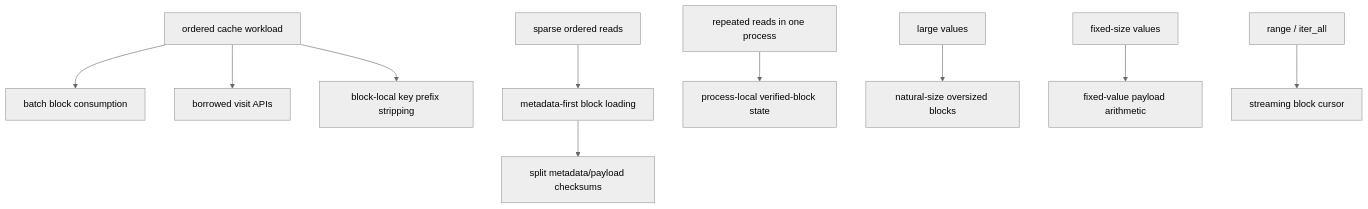
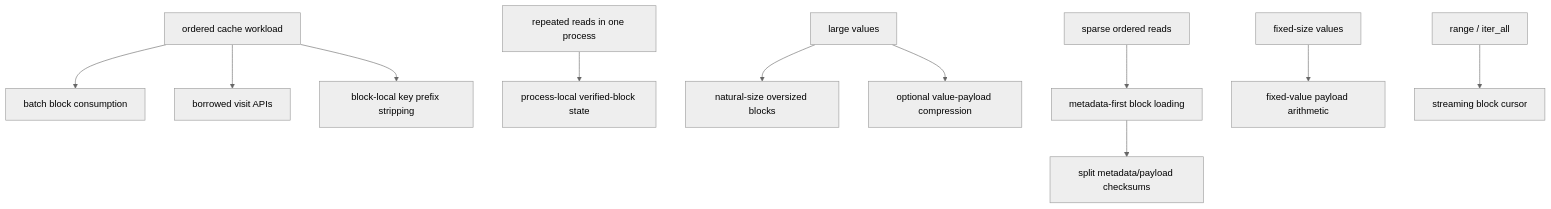
One commit to wangl-cc/evo-ssa-tools changed the seventh of 7 diagrams in crates/segment-cache-store/docs/design.md. Above: the diagram before and after it, drawn with Mermaid (neutral theme). The commit also changed other lines of this file and 27 other files, not shown here.

First line of the commit message:
feat(segment-cache-store): add value payload compression

````diff
--- a/crates/segment-cache-store/docs/design.md
+++ b/crates/segment-cache-store/docs/design.md
@@ -573,14 +589,14 @@
 ```mermaid
 flowchart TD
   OrderedWorkload["ordered cache workload"] --> BlockSweep["batch block consumption"]
   OrderedWorkload --> BorrowedVisit["borrowed visit APIs"]
   OrderedWorkload --> PrefixStrip["block-local key prefix stripping"]
 
+  RepeatedReads["repeated reads in one process"] --> VerifyCache["process-local verified-block state"]
+  LargeValues["large values"] --> OversizedBlocks["natural-size oversized blocks"]
+  LargeValues --> PayloadCompression["optional value-payload compression"]
   SparseReads["sparse ordered reads"] --> MetadataFirst["metadata-first block loading"]
   MetadataFirst --> SplitChecksums["split metadata/payload checksums"]
-
-  RepeatedReads["repeated reads in one process"] --> VerifyCache["process-local verified-block state"]
-  LargeValues["large values"] --> OversizedBlocks["natural-size oversized blocks"]
   FixedValues["fixed-size values"] --> FixedLayout["fixed-value payload arithmetic"]
   Scans["range / iter_all"] --> StreamingCursor["streaming block cursor"]
 ```
````
